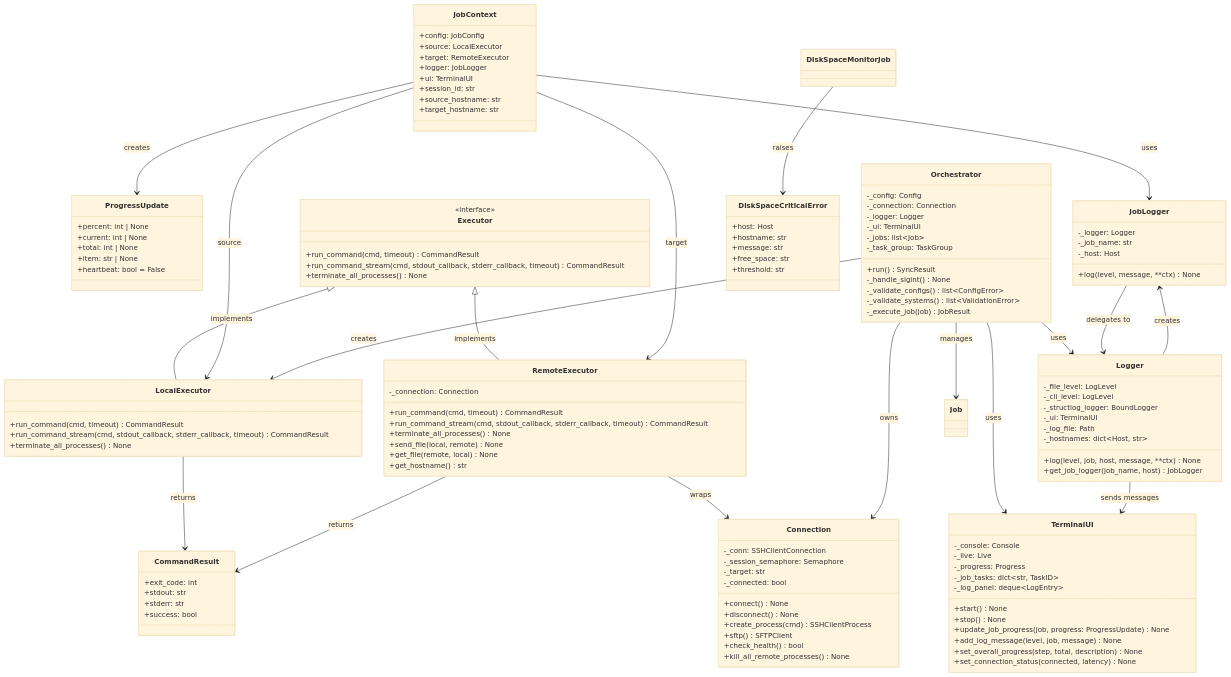
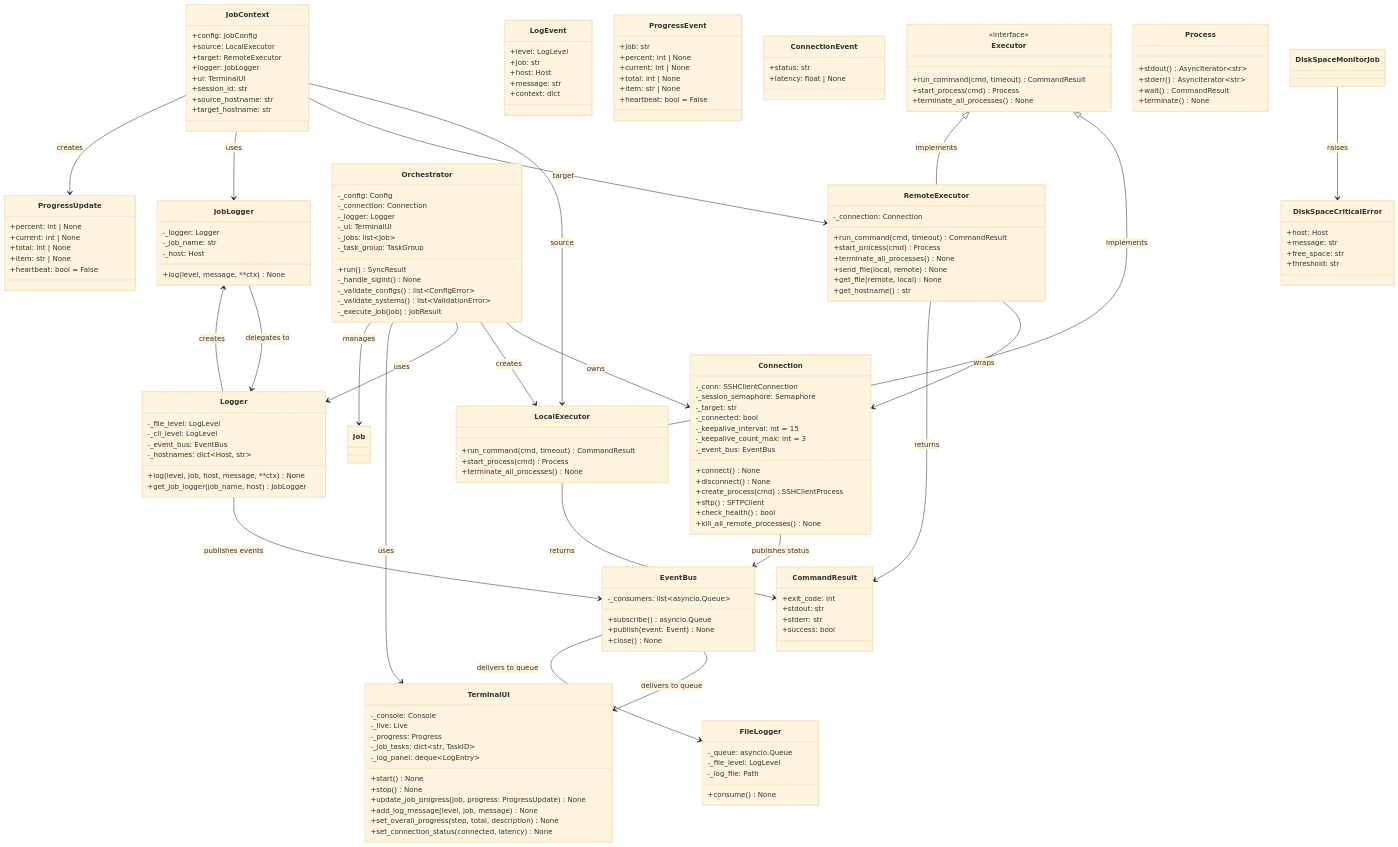
Before and after one commit to flaksit/pc-switcher: the fourth of 13 diagrams in specs/001-foundation/architecture-claude.md, drawn with Mermaid (base theme). The commit also changed other lines of this file and 3 other files, not shown here.

````diff
--- a/specs/001-foundation/architecture-claude.md
+++ b/specs/001-foundation/architecture-claude.md
@@ -210,23 +269,66 @@
         +success: bool
     }
 
+    class EventBus {
+        -_consumers: list~asyncio.Queue~
+        +subscribe() asyncio.Queue
+        +publish(event: Event) None
+        +close() None
+    }
+
+    class LogEvent {
+        +level: LogLevel
+        +job: str
+        +host: Host
+        +message: str
+        +context: dict
+    }
+
+    class ProgressEvent {
+        +job: str
+        +percent: int | None
+        +current: int | None
+        +total: int | None
+        +item: str | None
+        +heartbeat: bool = False
+    }
+
+    class ConnectionEvent {
+        +status: str
+        +latency: float | None
+    }
+
+    class FileLogger {
+        -_queue: asyncio.Queue
+        -_file_level: LogLevel
+        -_log_file: Path
+        +consume() None
+    }
+
     class Executor {
         <<interface>>
         +run_command(cmd, timeout) CommandResult
-        +run_command_stream(cmd, stdout_callback, stderr_callback, timeout) CommandResult
+        +start_process(cmd) Process
         +terminate_all_processes() None
+    }
+
+    class Process {
+        +stdout() AsyncIterator~str~
+        +stderr() AsyncIterator~str~
+        +wait() CommandResult
+        +terminate() None
     }
 
     class LocalExecutor {
         +run_command(cmd, timeout) CommandResult
-        +run_command_stream(cmd, stdout_callback, stderr_callback, timeout) CommandResult
+        +start_process(cmd) Process
         +terminate_all_processes() None
     }
 
     class RemoteExecutor {
         -_connection: Connection
         +run_command(cmd, timeout) CommandResult
-        +run_command_stream(cmd, stdout_callback, stderr_callback, timeout) CommandResult
+        +start_process(cmd) Process
         +terminate_all_processes() None
         +send_file(local, remote) None
         +get_file(remote, local) None
@@ -241,6 +343,9 @@
         -_session_semaphore: Semaphore
         -_target: str
         -_connected: bool
+        -_keepalive_interval: int = 15
+        -_keepalive_count_max: int = 3
+        -_event_bus: EventBus
         +connect() None
         +disconnect() None
         +create_process(cmd) SSHClientProcess
@@ -266,9 +371,7 @@
     class Logger {
         -_file_level: LogLevel
         -_cli_level: LogLevel
-        -_structlog_logger: BoundLogger
-        -_ui: TerminalUI
-        -_log_file: Path
+        -_event_bus: EventBus
         -_hostnames: dict~Host, str~
         +log(level, job, host, message, **ctx) None
         +get_job_logger(job_name, host) JobLogger
@@ -297,7 +400,6 @@
 
     class DiskSpaceCriticalError {
         +host: Host
-        +hostname: str
         +message: str
         +free_space: str
         +threshold: str
@@ -317,6 +419,9 @@
     Orchestrator --> Job : manages
     Logger --> JobLogger : creates
     JobLogger --> Logger : delegates to
-    Logger --> TerminalUI : sends messages
+    Logger --> EventBus : publishes events
+    EventBus --> TerminalUI : delivers to queue
+    EventBus --> FileLogger : delivers to queue
+    Connection --> EventBus : publishes status
     DiskSpaceMonitorJob --> DiskSpaceCriticalError : raises
 ```
````
